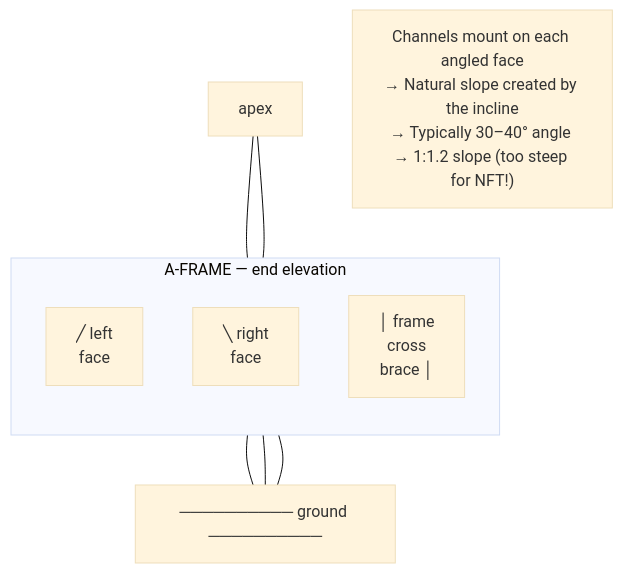
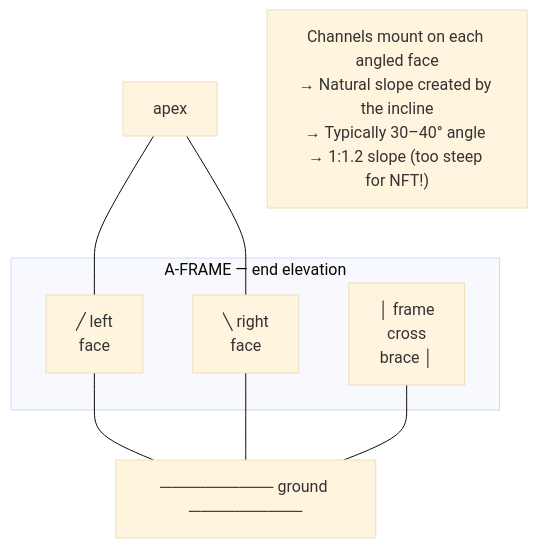
One commit to UncleJS/guide_hydroponics changed the seventh of 17 diagrams in guide/nft/11-build-guide.md. Above: the diagram before and after it, drawn with Mermaid (base theme). The commit also changed other lines of this file and 12 other files, not shown here.

````diff
--- a/guide/nft/11-build-guide.md
+++ b/guide/nft/11-build-guide.md
@@ -343,16 +342,15 @@
 ```mermaid
 flowchart TD
     APEX["apex"]
     subgraph aframe["A-FRAME — end elevation"]
-        direction TB
         LEFTLEG["╱ left<br/>  face"]
         RIGHTLEG["╲ right<br/>     face"]
         BRACE["│ frame<br/>  cross<br/>  brace │"]
     end
     APEX --- LEFTLEG
     APEX --- RIGHTLEG
     LEFTLEG --- GND["────────── ground ──────────"]
     RIGHTLEG --- GND
     BRACE --- GND
     note1["Channels mount on each angled face<br/>→ Natural slope created by the incline<br/>→ Typically 30–40° angle → 1:1.2 slope (too steep for NFT!)"]
 ```
````
